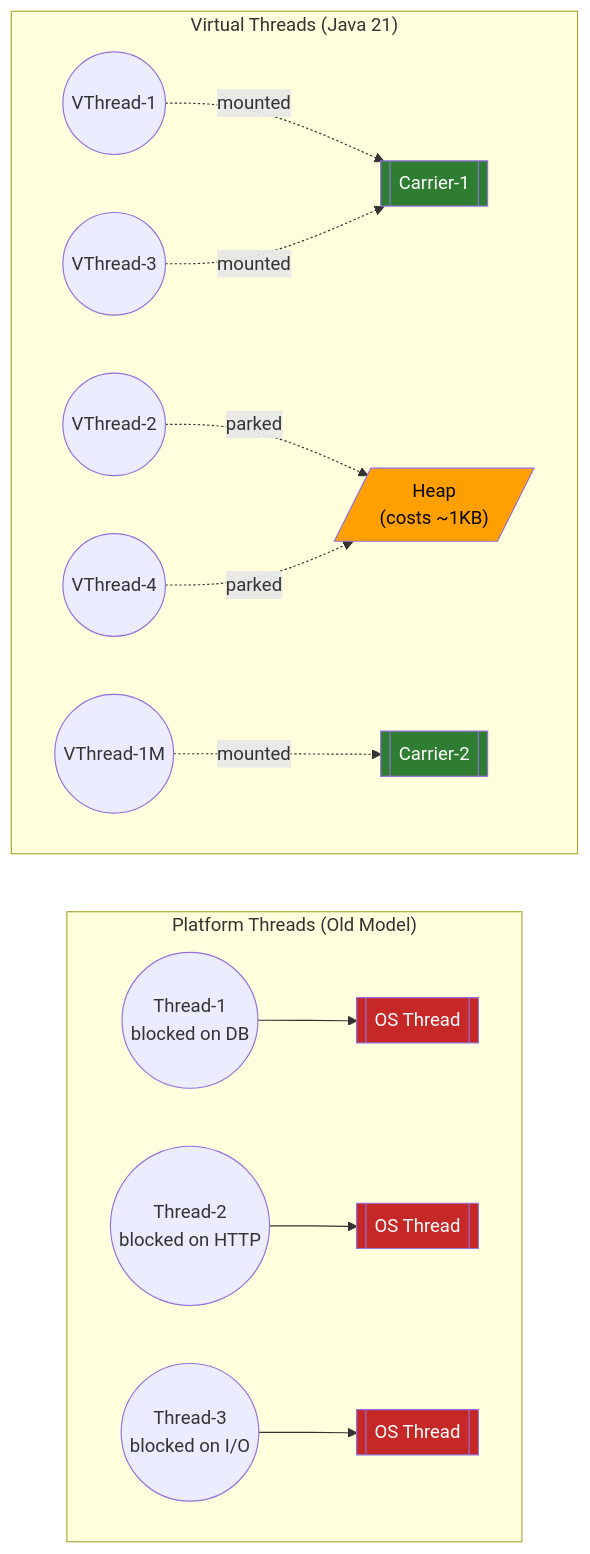
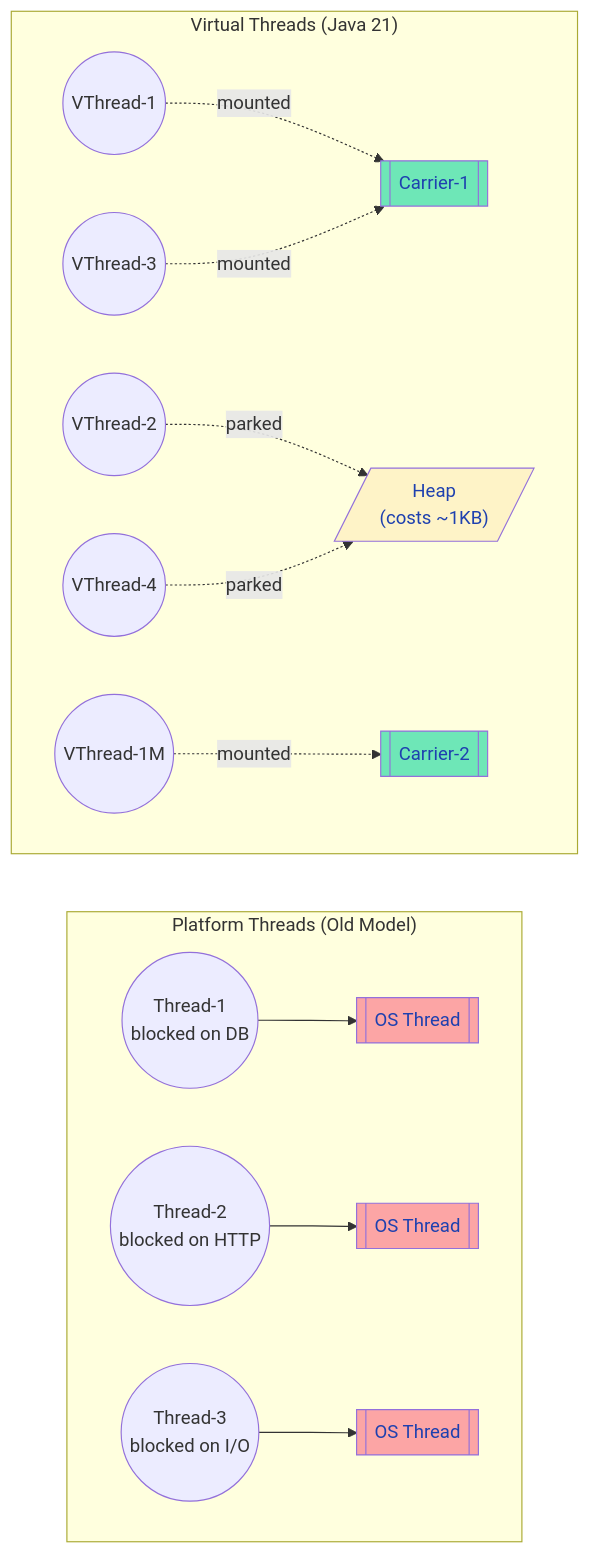
The fifth of 6 diagrams in docs/java/ModernJava.md (saivamsikaruturi/vamsilabs-dev-notes-main), drawn with Mermaid before and after one commit. The commit also changed other lines of this file and 220 other files, not shown here.

First line of the commit message:
Add 50+ new Java/Spring Boot pages, rewrite CSS code blocks to Oracle style, fix all diagram colors

````diff
--- a/docs/java/ModernJava.md
+++ b/docs/java/ModernJava.md
@@ -395,25 +395,25 @@
 ```mermaid
 flowchart LR
     subgraph "Platform Threads (Old Model)"
         direction LR
         PT1(("Thread-1<br/>blocked on DB")) --> OS1[["OS Thread"]]
         PT2(("Thread-2<br/>blocked on HTTP")) --> OS2[["OS Thread"]]
         PT3(("Thread-3<br/>blocked on I/O")) --> OS3[["OS Thread"]]
     end
 
     subgraph "Virtual Threads (Java 21)"
         direction LR
         VT1(("VThread-1")) -.->|"mounted"| C1[["Carrier-1"]]
         VT2(("VThread-2")) -.->|"parked"| Park[/"Heap<br/>(costs ~1KB)"/]
         VT3(("VThread-3")) -.->|"mounted"| C1
         VT4(("VThread-4")) -.->|"parked"| Park
         VT5(("VThread-1M")) -.->|"mounted"| C2[["Carrier-2"]]
     end
 
-    style OS1 fill:#C62828,color:#fff
-    style OS2 fill:#C62828,color:#fff
-    style OS3 fill:#C62828,color:#fff
-    style C1 fill:#2E7D32,color:#fff
-    style C2 fill:#2E7D32,color:#fff
-    style Park fill:#FFA000,color:#000
+    style OS1 fill:#FCA5A5,color:#1E40AF
+    style OS2 fill:#FCA5A5,color:#1E40AF
+    style OS3 fill:#FCA5A5,color:#1E40AF
+    style C1 fill:#6EE7B7,color:#1E40AF
+    style C2 fill:#6EE7B7,color:#1E40AF
+    style Park fill:#FEF3C7,color:#1E40AF
 ```
````
